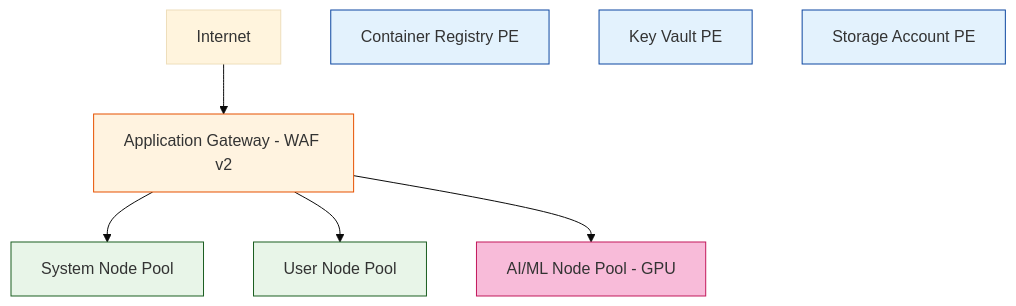
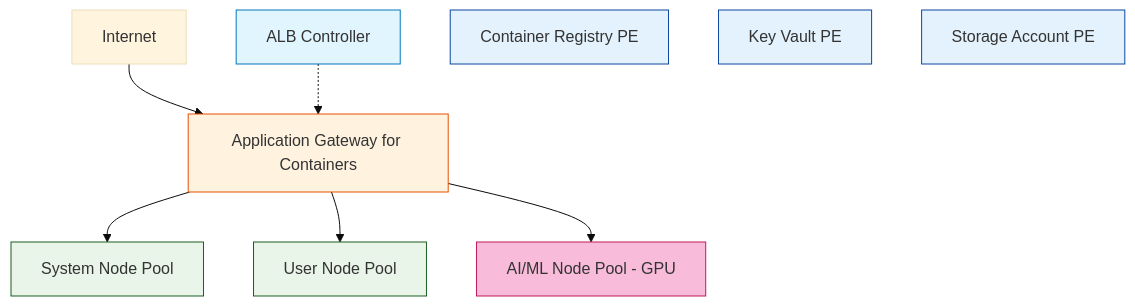
The second of 11 diagrams in docs/architecture.md (cmcconnell1/aks-platform), drawn with Mermaid (base theme) before and after one commit. The commit also changed other lines of this file and 42 other files, not shown here.

Commit message:
feat: migrate from AGIC to Application Gateway for Containers (AGC) with Gateway API

````diff
--- a/docs/architecture.md
+++ b/docs/architecture.md
@@ -52,26 +52,29 @@
 ```mermaid
 graph TB
     Internet[Internet]
-    AppGW[Application Gateway - WAF v2]
+    AGC[Application Gateway for Containers]
+    ALBController[ALB Controller]
 
     SystemPool[System Node Pool]
     UserPool[User Node Pool]
     AIPool[AI/ML Node Pool - GPU]
 
     ACREPE[Container Registry PE]
     KVPE[Key Vault PE]
     StoragePE[Storage Account PE]
 
-    Internet --> AppGW
-    AppGW --> SystemPool
-    AppGW --> UserPool
-    AppGW --> AIPool
+    Internet --> AGC
+    AGC --> SystemPool
+    AGC --> UserPool
+    AGC --> AIPool
+    ALBController -.-> AGC
 
-    style AppGW fill:#fff3e0,stroke:#e65100
+    style AGC fill:#fff3e0,stroke:#e65100
+    style ALBController fill:#e1f5fe,stroke:#0277bd
     style SystemPool fill:#e8f5e8,stroke:#1b5e20
     style UserPool fill:#e8f5e8,stroke:#1b5e20
     style AIPool fill:#f8bbd9,stroke:#c2185b
     style ACREPE fill:#e3f2fd,stroke:#0d47a1
     style KVPE fill:#e3f2fd,stroke:#0d47a1
     style StoragePE fill:#e3f2fd,stroke:#0d47a1
 ```
````
